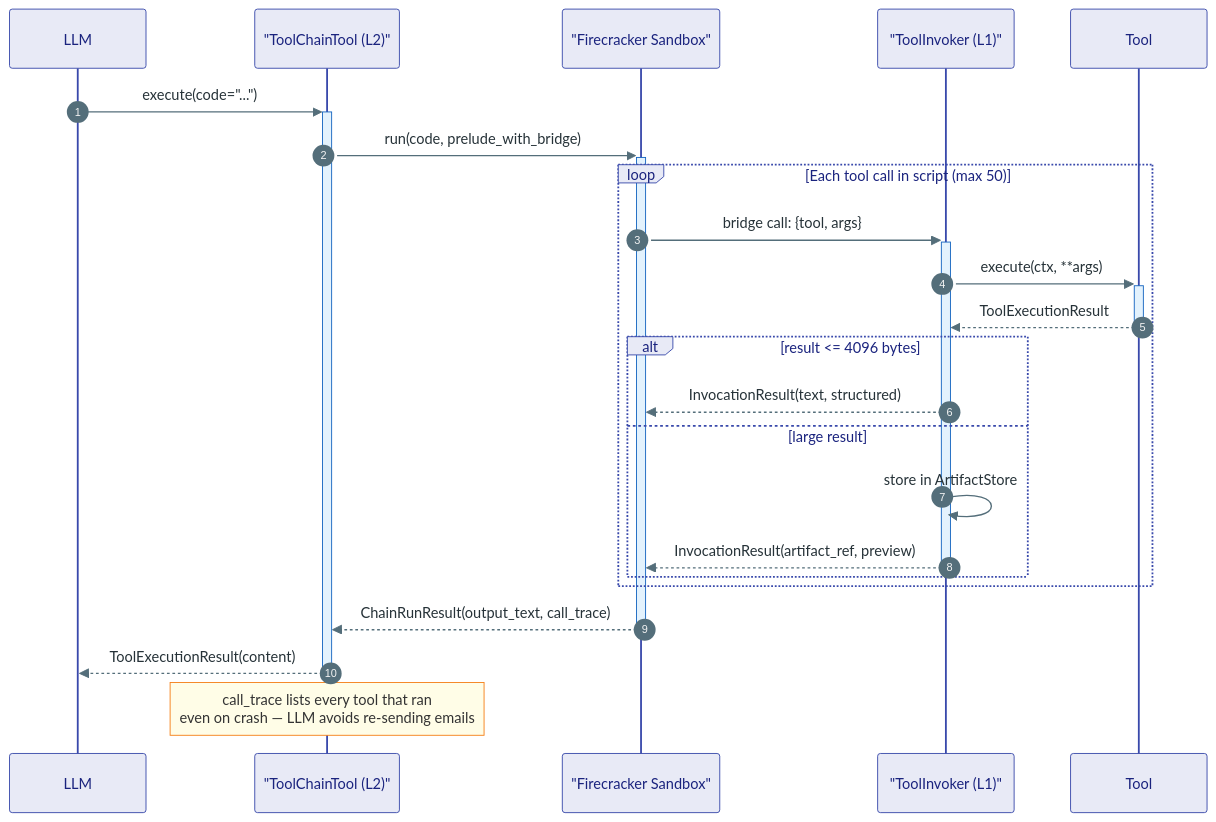
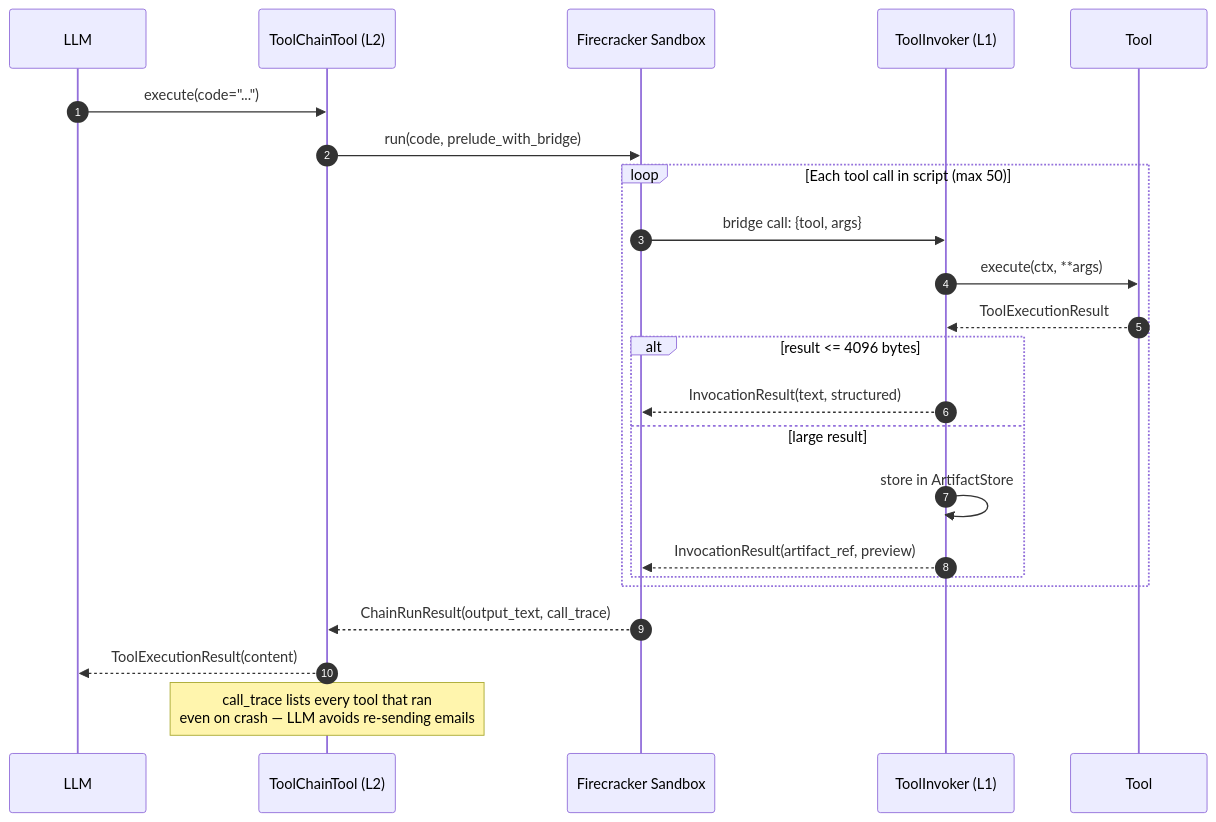
The third of 3 diagrams in agents/agent-substrate/docs/kernel/04-tools.md (Ravikumarchavva/agent-substrate), drawn with Mermaid before and after one commit. The commit also changed other lines of this file and 11 other files, not shown here.

Commit message:
docs: refactor architecture documentation and update diagrams across the kernel module.

````diff
--- a/agents/agent-substrate/docs/kernel/04-tools.md
+++ b/agents/agent-substrate/docs/kernel/04-tools.md
@@ -121,31 +86,30 @@
 ```mermaid
-%%{init: {'theme': 'base', 'themeVariables': {'actorBkg': '#E8EAF6','actorBorder': '#3949AB','actorTextColor': '#1A237E','activationBkgColor': '#E3F2FD','activationBorderColor': '#1565C0','noteBkgColor': '#FFFDE7','noteBorderColor': '#F57F17','signalColor': '#546E7A','signalTextColor': '#263238','fontSize': '13px'}}}%%
 sequenceDiagram
     autonumber
     participant LLM
-    participant Chain as "ToolChainTool (L2)"
-    participant Sandbox as "Firecracker Sandbox"
-    participant Invoker as "ToolInvoker (L1)"
+    participant Chain as ToolChainTool (L2)
+    participant Sandbox as Firecracker Sandbox
+    participant Invoker as ToolInvoker (L1)
     participant Tool
 
-    LLM->>+Chain: execute(code="...")
-    Chain->>+Sandbox: run(code, prelude_with_bridge)
+    LLM->>Chain: execute(code="...")
+    Chain->>Sandbox: run(code, prelude_with_bridge)
 
     loop Each tool call in script (max 50)
-        Sandbox->>+Invoker: bridge call: {tool, args}
-        Invoker->>+Tool: execute(ctx, **args)
-        Tool-->>-Invoker: ToolExecutionResult
+        Sandbox->>Invoker: bridge call: {tool, args}
+        Invoker->>Tool: execute(ctx, **args)
+        Tool-->>Invoker: ToolExecutionResult
 
         alt result <= 4096 bytes
             Invoker-->>Sandbox: InvocationResult(text, structured)
         else large result
             Invoker->>Invoker: store in ArtifactStore
-            Invoker-->>-Sandbox: InvocationResult(artifact_ref, preview)
+            Invoker-->>Sandbox: InvocationResult(artifact_ref, preview)
         end
     end
 
-    Sandbox-->>-Chain: ChainRunResult(output_text, call_trace)
-    Chain-->>-LLM: ToolExecutionResult(content)
+    Sandbox-->>Chain: ChainRunResult(output_text, call_trace)
+    Chain-->>LLM: ToolExecutionResult(content)
 
     Note over Chain: call_trace lists every tool that ran<br/>even on crash — LLM avoids re-sending emails
 ```
````
